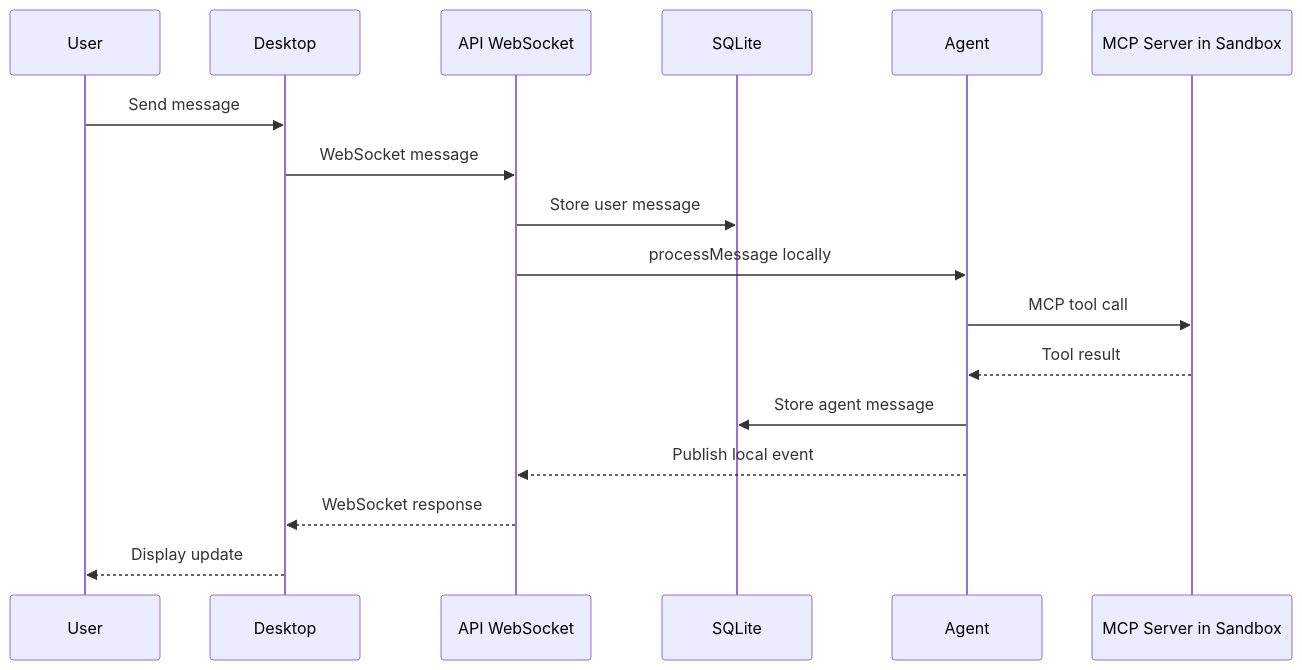
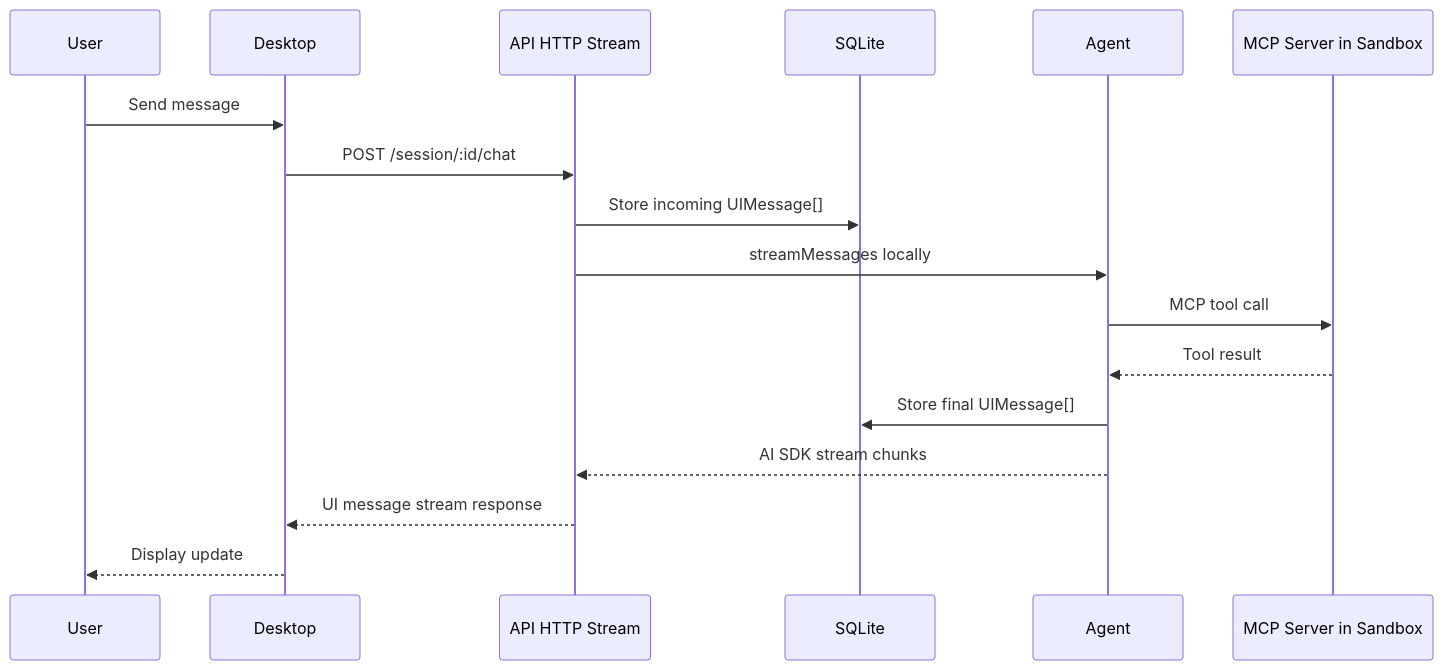
The third of 4 diagrams in docs/ARCHITECTURE-MERMAID.md (rohanbojja/ottobot), drawn with Mermaid before and after one commit. The commit also changed other lines of this file and 81 other files, not shown here.

````diff
--- a/docs/ARCHITECTURE-MERMAID.md
+++ b/docs/ARCHITECTURE-MERMAID.md
@@ -53,20 +53,20 @@
 ```mermaid
 sequenceDiagram
     participant U as User
     participant F as Desktop
-    participant A as API WebSocket
+    participant A as API HTTP Stream
     participant D as SQLite
     participant G as Agent
     participant C as MCP Server in Sandbox
 
     U->>F: Send message
-    F->>A: WebSocket message
-    A->>D: Store user message
-    A->>G: processMessage locally
+    F->>A: POST /session/:id/chat
+    A->>D: Store incoming UIMessage[]
+    A->>G: streamMessages locally
     G->>C: MCP tool call
     C-->>G: Tool result
-    G->>D: Store agent message
-    G-->>A: Publish local event
-    A-->>F: WebSocket response
+    G->>D: Store final UIMessage[]
+    G-->>A: AI SDK stream chunks
+    A-->>F: UI message stream response
     F-->>U: Display update
 ```
````
